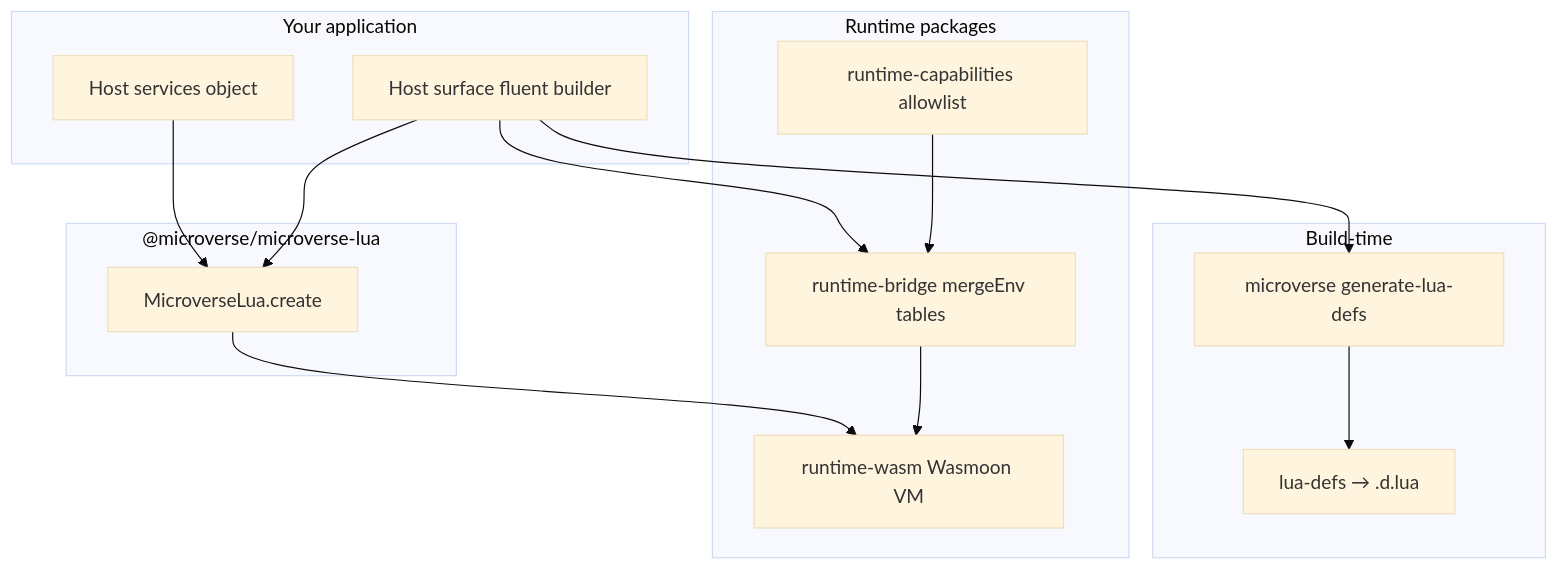
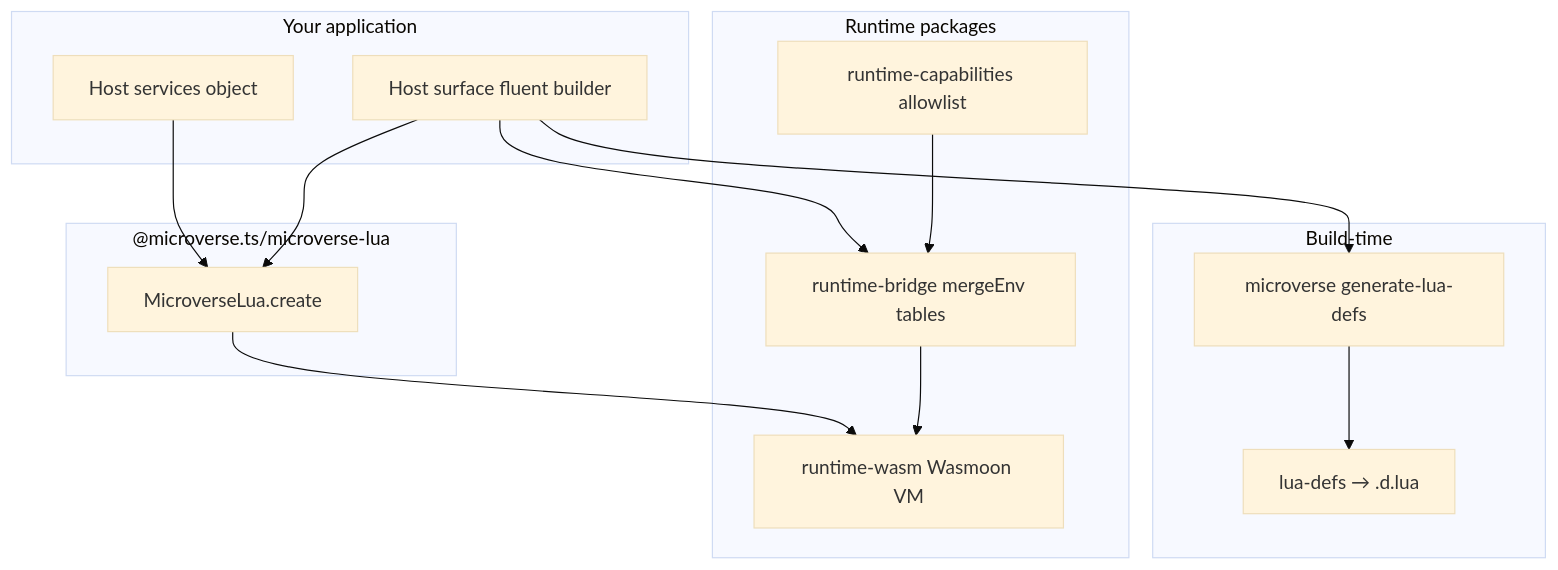
One commit to QADRAX/Microverse.ts changed the diagram in README.md. Above: the diagram before and after it, drawn with Mermaid (base theme). The commit also changed other lines of this file and 92 other files, not shown here.

````diff
--- a/README.md
+++ b/README.md
@@ -19,31 +19,31 @@
 ```mermaid
 flowchart TB
   subgraph app [Your application]
     Host[Host services object]
     Surface[Host surface fluent builder]
   end
 
-  subgraph facade ["@microverse/microverse-lua"]
+  subgraph facade ["@microverse.ts/microverse-lua"]
     ML[MicroverseLua.create]
   end
 
   subgraph runtime [Runtime packages]
     WASM[runtime-wasm Wasmoon VM]
     Bridge[runtime-bridge mergeEnv tables]
     Cap[runtime-capabilities allowlist]
   end
 
   subgraph build [Build-time]
     CLI[microverse generate-lua-defs]
     Defs[lua-defs → .d.lua]
   end
 
   Host --> ML
   Surface --> ML
   ML --> WASM
   Surface --> Bridge
   Bridge --> WASM
   Cap --> Bridge
   Surface --> CLI
   CLI --> Defs
 ```
````
